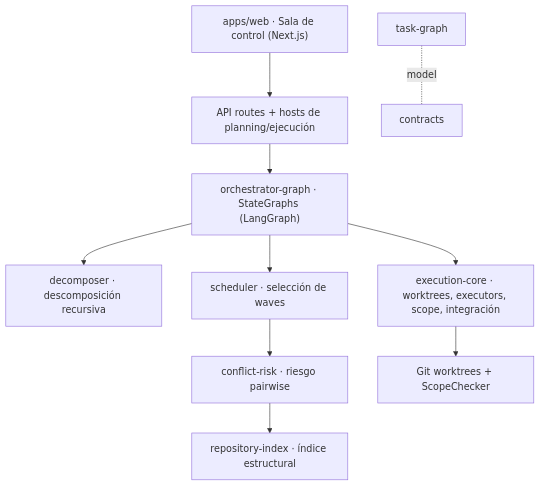
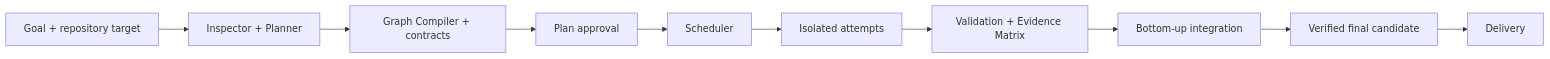
One commit to franclarke/Manyhands changed the diagram in README.md. Above: the diagram before and after it, drawn with Mermaid. The commit also changed other lines of this file and 139 other files, not shown here.

Commit message:
docs: define target architecture and migration plan

````diff
--- a/README.md
+++ b/README.md
@@ -59,12 +34,12 @@
 ```mermaid
-flowchart TD
-    UI["apps/web · Sala de control (Next.js)"] --> API["API routes + hosts de planning/ejecución"]
-    API --> OG["orchestrator-graph · StateGraphs (LangGraph)"]
-    OG --> DEC["decomposer · descomposición recursiva"]
-    OG --> EC["execution-core · worktrees, executors, scope, integración"]
-    OG --> SCH["scheduler · selección de waves"]
-    SCH --> CR["conflict-risk · riesgo pairwise"]
-    CR --> RI["repository-index · índice estructural"]
-    EC --> GIT["Git worktrees + ScopeChecker"]
-    TG["task-graph"] -.modelo.- CON["contracts"]
+flowchart LR
+  G["Goal + repository target"] --> P["Inspector + Planner"]
+  P --> C["Graph Compiler + contracts"]
+  C --> A["Plan approval"]
+  A --> S["Scheduler"]
+  S --> E["Isolated attempts"]
+  E --> V["Validation + Evidence Matrix"]
+  V --> I["Bottom-up integration"]
+  I --> R["Verified final candidate"]
+  R --> D["Delivery"]
 ```
````
